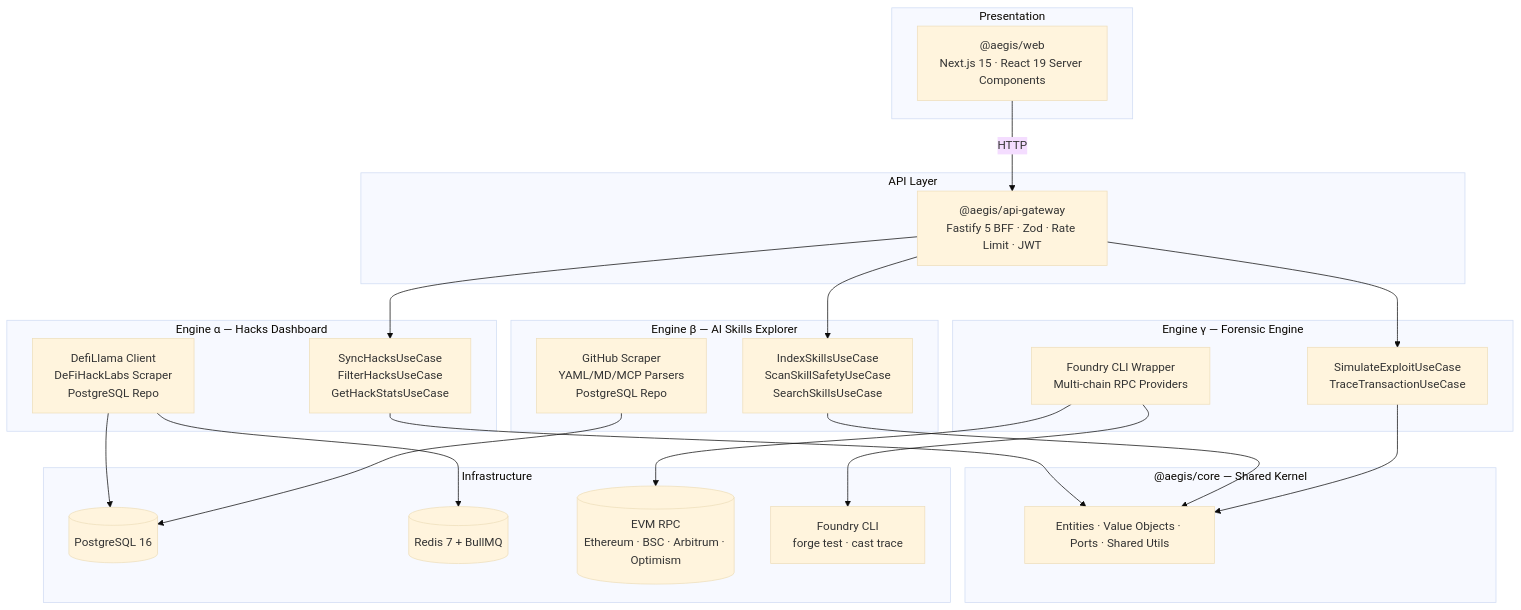
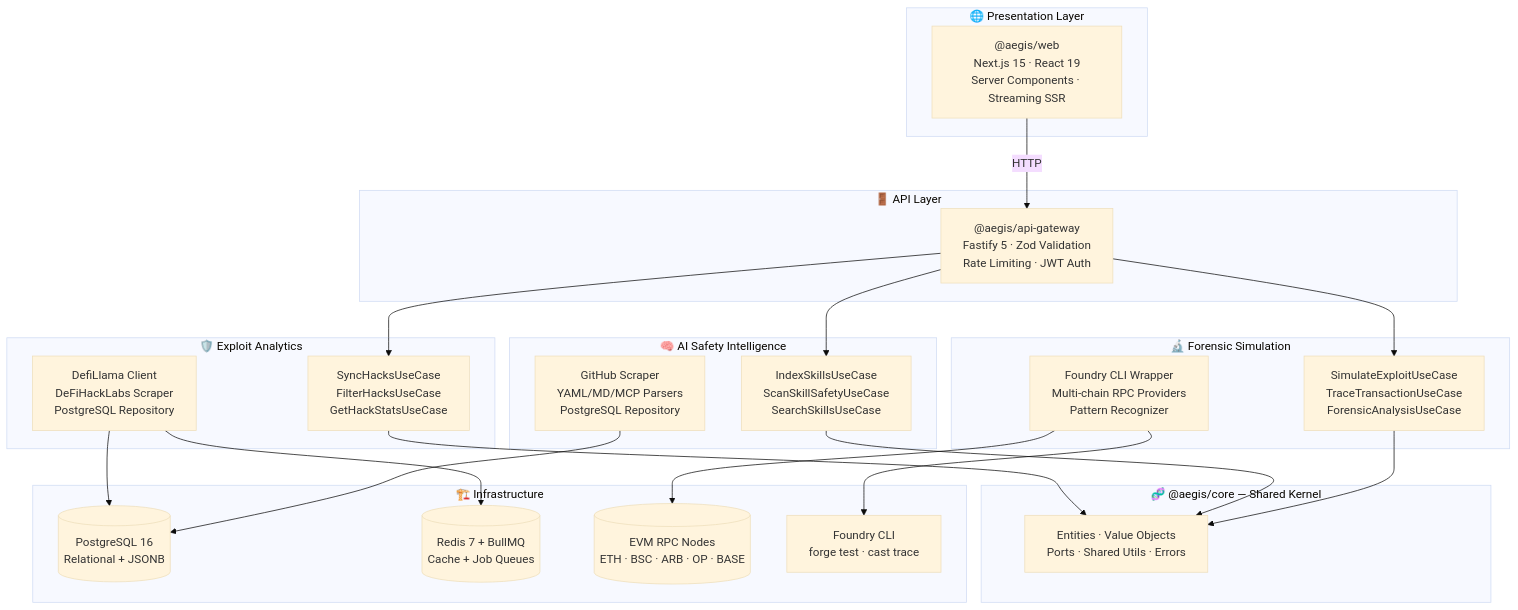
One commit to Artificial-Ledger-Technology/ALT-Flex changed the diagram in README.md. Above: the diagram before and after it, drawn with Mermaid (base theme). The commit also changed other lines of this file and 1 other file, not shown here.

Commit message:
docs(root): overhaul branding to AltFlex Web3 Exploit Intelligence Platform

````diff
--- a/README.md
+++ b/README.md
@@ -118,36 +274,43 @@
 ```mermaid
 graph TB
-    subgraph "Presentation"
-        WEB["@aegis/web\nNext.js 15 · React 19 Server Components"]
+    subgraph "🌐 Presentation Layer"
+        WEB["@aegis/web<br/>Next.js 15 · React 19<br/>Server Components · Streaming SSR"]
     end
-    subgraph "API Layer"
-        GW["@aegis/api-gateway\nFastify 5 BFF · Zod · Rate Limit · JWT"]
+
+    subgraph "🚪 API Layer"
+        GW["@aegis/api-gateway<br/>Fastify 5 · Zod Validation<br/>Rate Limiting · JWT Auth"]
     end
-    subgraph "Engine α — Hacks Dashboard"
-        HE_APP["SyncHacksUseCase\nFilterHacksUseCase\nGetHackStatsUseCase"]
-        HE_ADP["DefiLlama Client\nDeFiHackLabs Scraper\nPostgreSQL Repo"]
+
+    subgraph "🛡️ Exploit Analytics"
+        HA_APP["SyncHacksUseCase<br/>FilterHacksUseCase<br/>GetHackStatsUseCase"]
+        HA_ADP["DefiLlama Client<br/>DeFiHackLabs Scraper<br/>PostgreSQL Repository"]
     end
-    subgraph "Engine β — AI Skills Explorer"
-        SE_APP["IndexSkillsUseCase\nScanSkillSafetyUseCase\nSearchSkillsUseCase"]
-        SE_ADP["GitHub Scraper\nYAML/MD/MCP Parsers\nPostgreSQL Repo"]
+
+    subgraph "🧠 AI Safety Intelligence"
+        SI_APP["IndexSkillsUseCase<br/>ScanSkillSafetyUseCase<br/>SearchSkillsUseCase"]
+        SI_ADP["GitHub Scraper<br/>YAML/MD/MCP Parsers<br/>PostgreSQL Repository"]
     end
-    subgraph "Engine γ — Forensic Engine"
-        FE_APP["SimulateExploitUseCase\nTraceTransactionUseCase"]
-        FE_ADP["Foundry CLI Wrapper\nMulti-chain RPC Providers"]
+
+    subgraph "🔬 Forensic Simulation"
+        FS_APP["SimulateExploitUseCase<br/>TraceTransactionUseCase<br/>ForensicAnalysisUseCase"]
+        FS_ADP["Foundry CLI Wrapper<br/>Multi-chain RPC Providers<br/>Pattern Recognizer"]
     end
-    subgraph "@aegis/core — Shared Kernel"
-        CORE["Entities · Value Objects · Ports · Shared Utils"]
+
+    subgraph "🧬 @aegis/core — Shared Kernel"
+        CORE["Entities · Value Objects<br/>Ports · Shared Utils · Errors"]
     end
-    subgraph "Infrastructure"
-        PG[("PostgreSQL 16")]
-        RD[("Redis 7 + BullMQ")]
-        CHAIN[("EVM RPC\nEthereum · BSC · Arbitrum · Optimism")]
-        FOUNDRY["Foundry CLI\nforge test · cast trace"]
+
+    subgraph "🏗️ Infrastructure"
+        PG[("PostgreSQL 16<br/>Relational + JSONB")]
+        RD[("Redis 7 + BullMQ<br/>Cache + Job Queues")]
+        CHAIN[("EVM RPC Nodes<br/>ETH · BSC · ARB · OP · BASE")]
+        FOUNDRY["Foundry CLI<br/>forge test · cast trace"]
     end
+
     WEB -->|HTTP| GW
-    GW --> HE_APP & SE_APP & FE_APP
-    HE_APP & SE_APP & FE_APP --> CORE
-    HE_ADP --> PG & RD
-    SE_ADP --> PG
-    FE_ADP --> CHAIN & FOUNDRY
+    GW --> HA_APP & SI_APP & FS_APP
+    HA_APP & SI_APP & FS_APP --> CORE
+    HA_ADP --> PG & RD
+    SI_ADP --> PG
+    FS_ADP --> CHAIN & FOUNDRY
 ```
````
